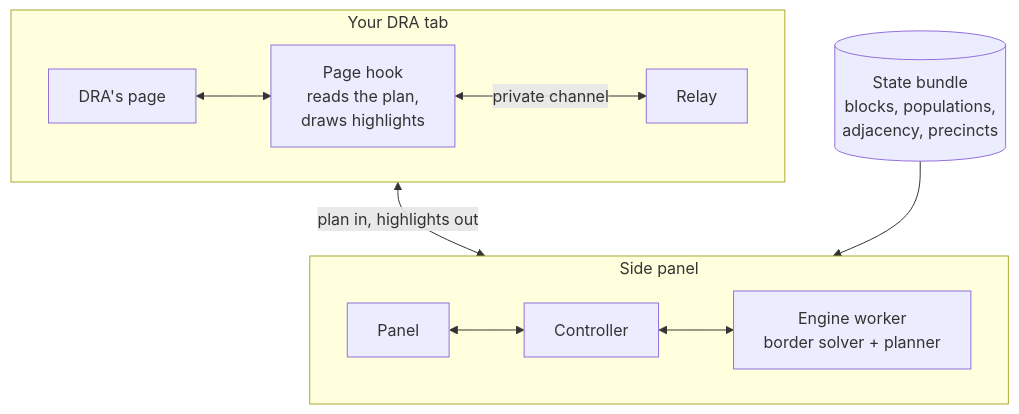
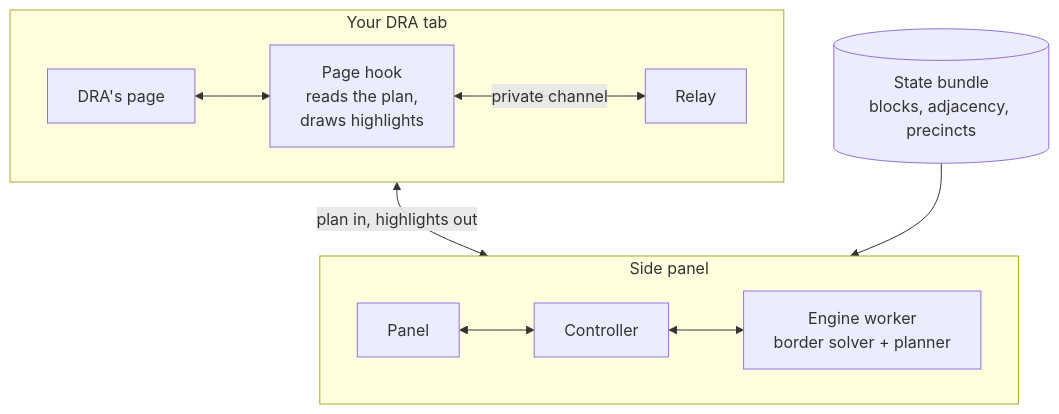
The diagram in README.md (jetpackrider/district-zeroing-extension), drawn with Mermaid before and after one commit.

Commit message:
README: shorten the bundle label in the diagram

````diff
--- a/README.md
+++ b/README.md
@@ -68,14 +68,14 @@
 ```mermaid
 flowchart TB
   subgraph tab["Your DRA tab"]
     direction LR
     dra["DRA's page"] <--> hook["Page hook<br/>reads the plan,<br/>draws highlights"] <-->|private channel| relay["Relay"]
   end
   subgraph ext["Side panel"]
     direction LR
     ui["Panel"] <--> ctl["Controller"] <--> worker["Engine worker<br/>border solver + planner"]
   end
-  data[("State bundle<br/>blocks, populations,<br/>adjacency, precincts")]
+  data[("State bundle<br/>blocks, adjacency, precincts")]
   tab <-->|"plan in, highlights out"| ext
   data --> ext
 ```
````
